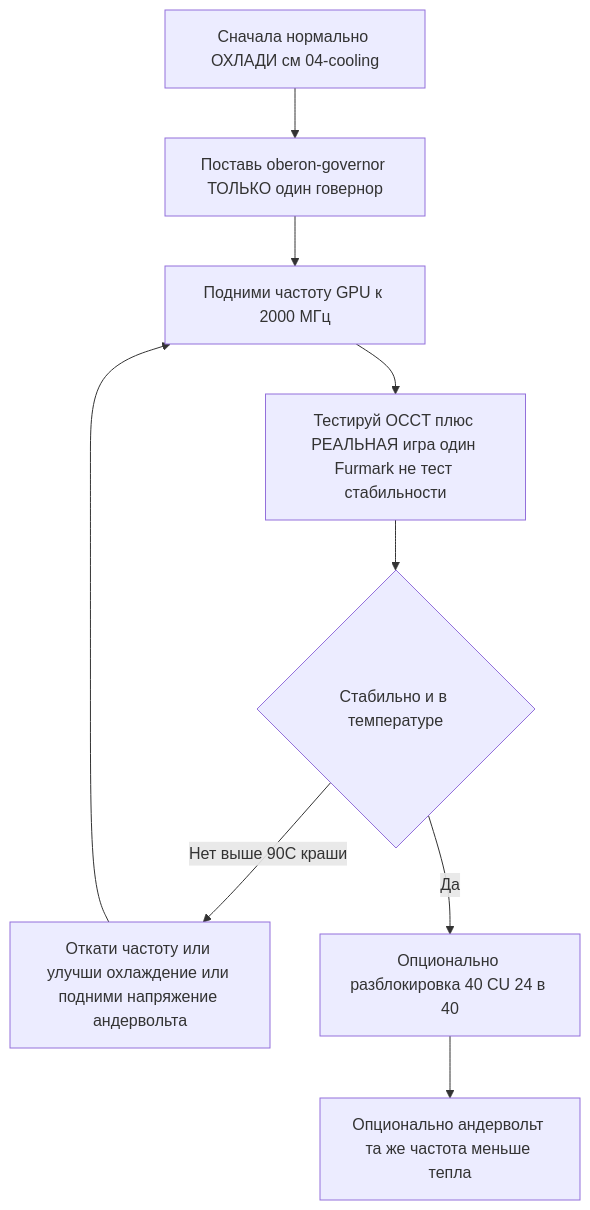
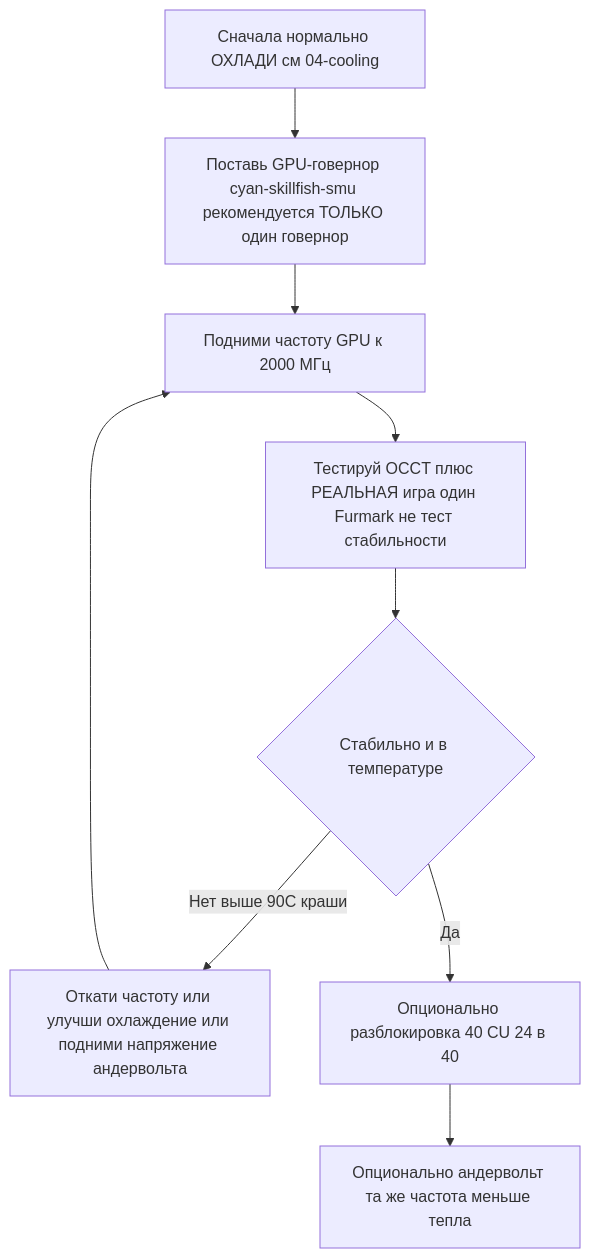
The diagram in docs/ru/09-overclock-undervolt.md (kalpakprod/awesome-bc250), drawn with Mermaid before and after one commit. The commit also changed other lines of this file and 9 other files, not shown here.

````diff
--- a/docs/ru/09-overclock-undervolt.md
+++ b/docs/ru/09-overclock-undervolt.md
@@ -27,11 +27,11 @@
 ```mermaid
 flowchart TD
-    Cool["Сначала нормально ОХЛАДИ см 04-cooling"] --> Gov["Поставь oberon-governor ТОЛЬКО один говернор"]
+    Cool["Сначала нормально ОХЛАДИ см 04-cooling"] --> Gov["Поставь GPU-говернор cyan-skillfish-smu рекомендуется ТОЛЬКО один говернор"]
     Gov --> Clock["Подними частоту GPU к 2000 МГц"]
     Clock --> Test["Тестируй OCCT плюс РЕАЛЬНАЯ игра один Furmark не тест стабильности"]
     Test --> Q{"Стабильно и в температуре"}
     Q -->|"Нет выше 90C краши"| Back["Откати частоту или улучши охлаждение или подними напряжение андервольта"]
     Back --> Clock
     Q -->|"Да"| Unlock["Опционально разблокировка 40 CU 24 в 40"]
     Unlock --> Uv["Опционально андервольт та же частота меньше тепла"]
 ```
````
